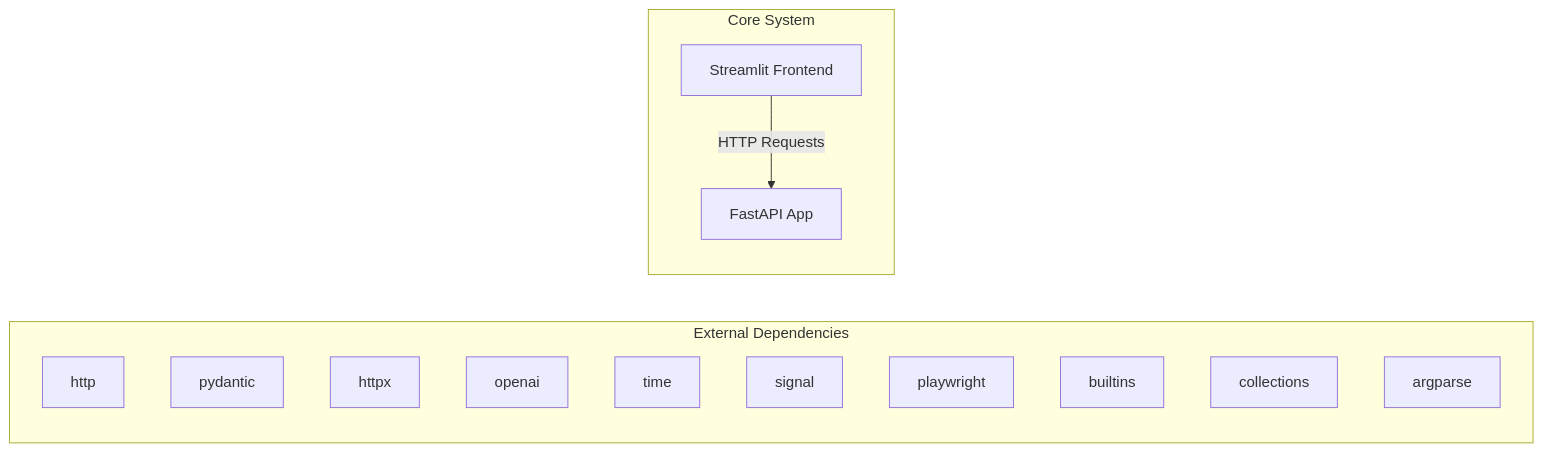
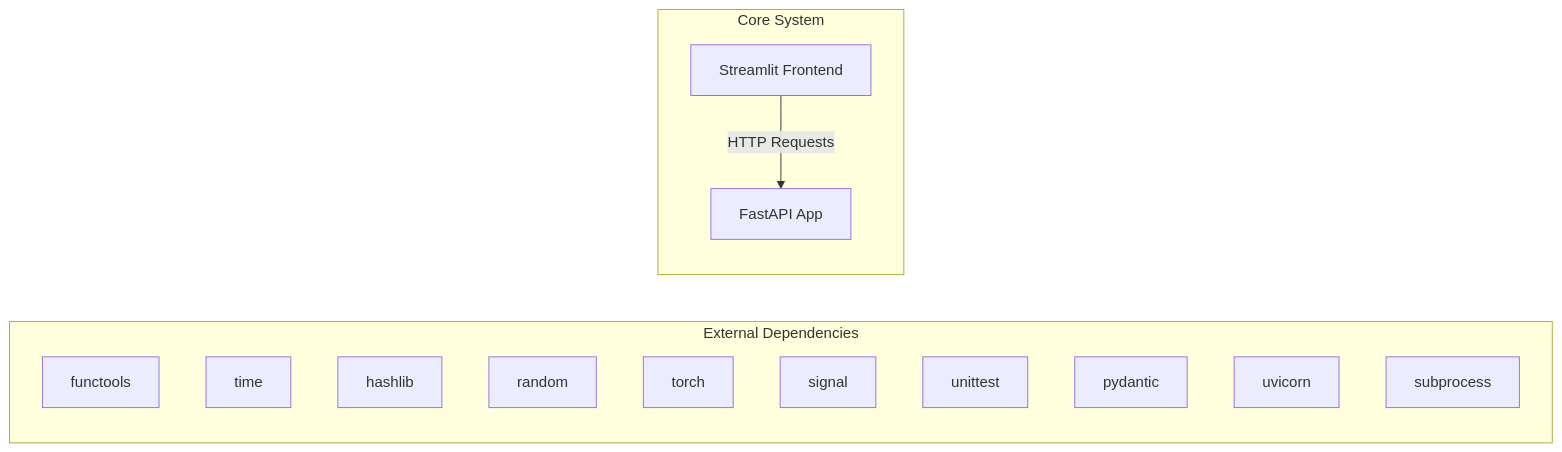
Before and after one commit to NITISH-R-G/rag-context-optimizer: the first of 2 diagrams in docs/architecture.md, drawn with Mermaid. The commit also changed 1 other file, not shown here.

Commit message:
docs: auto-update repository knowledge, architecture diagrams, and documentation

````diff
--- a/docs/architecture.md
+++ b/docs/architecture.md
@@ -7,20 +7,20 @@
 ```mermaid
 graph LR
     subgraph External Dependencies
-        E0["http"]
-        E1["pydantic"]
-        E2["httpx"]
-        E3["openai"]
-        E4["time"]
+        E0["functools"]
+        E1["time"]
+        E2["hashlib"]
+        E3["random"]
+        E4["torch"]
         E5["signal"]
-        E6["playwright"]
-        E7["builtins"]
-        E8["collections"]
-        E9["argparse"]
+        E6["unittest"]
+        E7["pydantic"]
+        E8["uvicorn"]
+        E9["subprocess"]
     end
     subgraph Core System
         API["FastAPI App"]
         UI["Streamlit Frontend"]
     end
     UI -->|HTTP Requests| API
 ```
````
